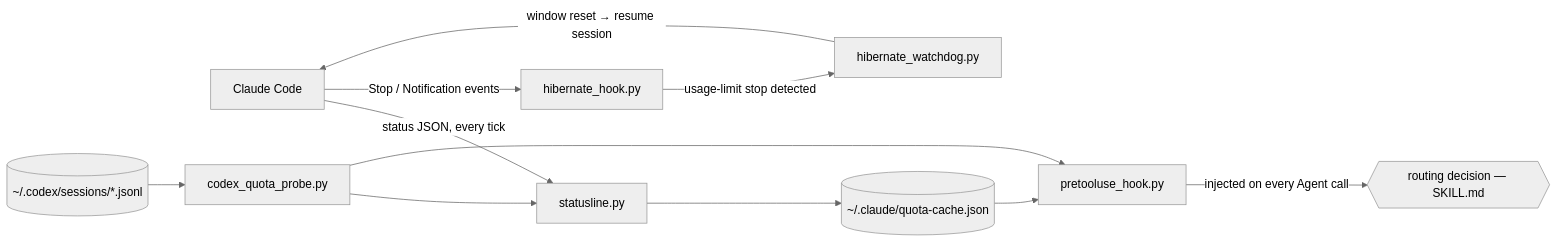
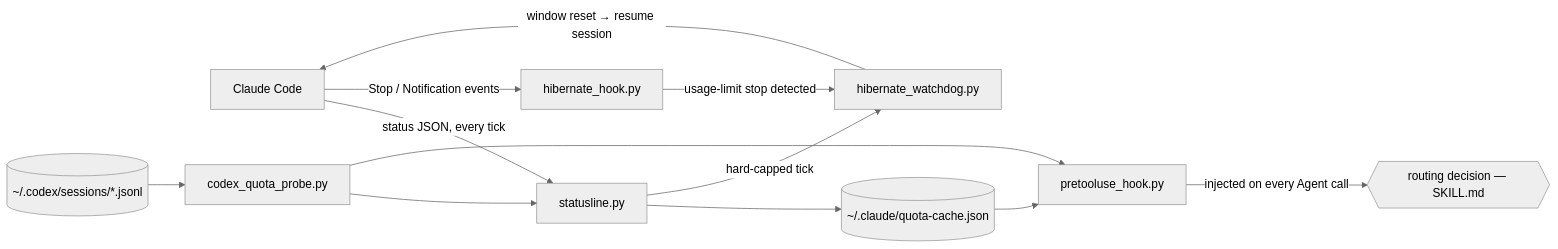
One commit to wr/quota-router changed the diagram in docs/HOW-IT-WORKS.md. Above: the diagram before and after it, drawn with Mermaid (neutral theme). The commit also changed other lines of this file and 2 other files, not shown here.

First line of the commit message:
Statusline arms hibernation when a capped session has no hook events (#1)

````diff
--- a/docs/HOW-IT-WORKS.md
+++ b/docs/HOW-IT-WORKS.md
@@ -24,13 +24,14 @@
 ```mermaid
 flowchart LR
     CC[Claude Code] -- "status JSON, every tick" --> SL[statusline.py]
     SL --> CACHE[("~/.claude/quota-cache.json")]
     LOGS[("~/.codex/sessions/*.jsonl")] --> PROBE[codex_quota_probe.py]
     PROBE --> SL
     CACHE --> HOOK[pretooluse_hook.py]
     PROBE --> HOOK
     HOOK -- "injected on every Agent call" --> DECIDE{{"routing decision — SKILL.md"}}
     CC -- "Stop / Notification events" --> HIB[hibernate_hook.py]
     HIB -- "usage-limit stop detected" --> WD[hibernate_watchdog.py]
+    SL -- "hard-capped tick" --> WD
     WD -- "window reset → resume session" --> CC
 ```
````
